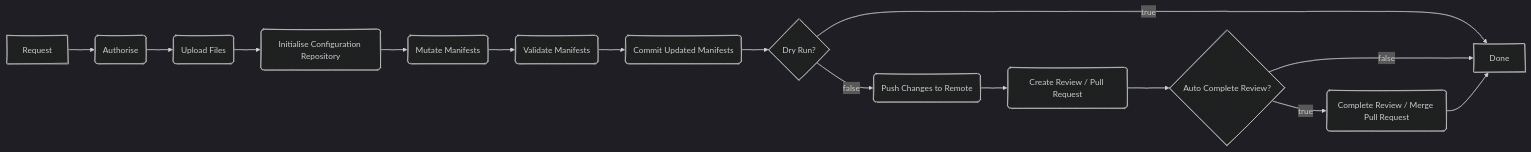
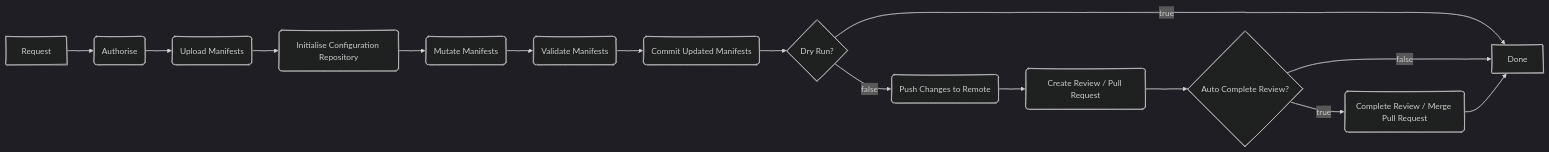
One commit to tvandinther/gitops-manager changed the diagram in README.md. Above: the diagram before and after it, drawn with Mermaid (dark theme).

Commit message:
Change wording

````diff
--- a/README.md
+++ b/README.md
@@ -5,23 +5,23 @@
 ```mermaid
 ---
 config:
   layout: dagre
   look: handDrawn
 ---
 flowchart LR
   REQ[Request] --> AUTHZ(Authorise)
-  AUTHZ --> UPLOAD(Upload Files)
+  AUTHZ --> UPLOAD(Upload Manifests)
   UPLOAD --> INIT(Initialise Configuration Repository)
   INIT --> MUT(Mutate Manifests)
   MUT --> VAL(Validate Manifests)
   VAL --> COM(Commit Updated Manifests)
   COM --> DR?{Dry Run?}
   DR? --true-->DONE
   DR? --false--> PUSH(Push Changes to Remote)
   PUSH --> CPR(Create Review / Pull Request)
   CPR --> AM?{Auto Complete Review?}
   AM? --true--> MPR(Complete Review / Merge Pull Request)
   AM? --false-->DONE
   MPR-->DONE
   DONE[Done]
 ```
````
